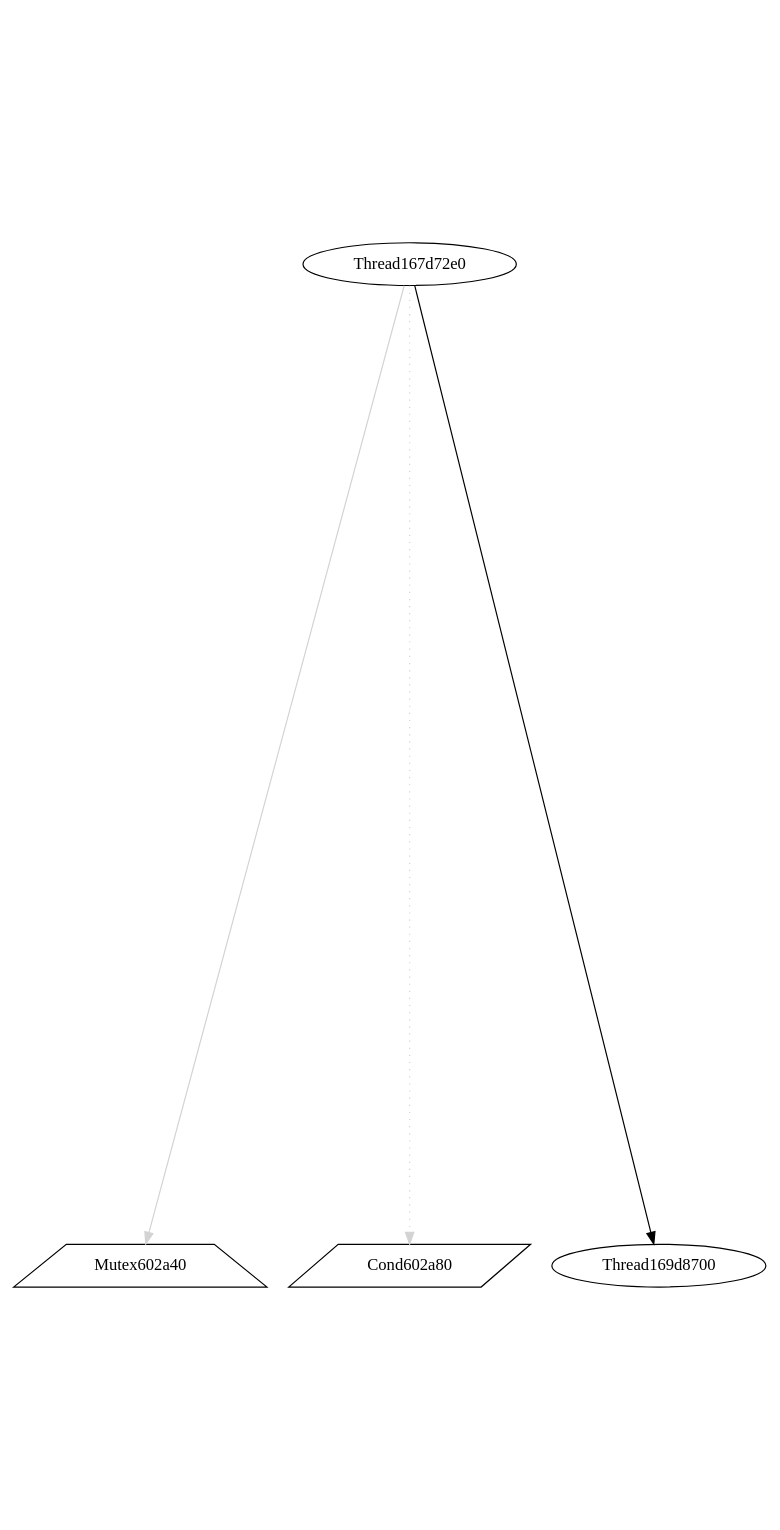
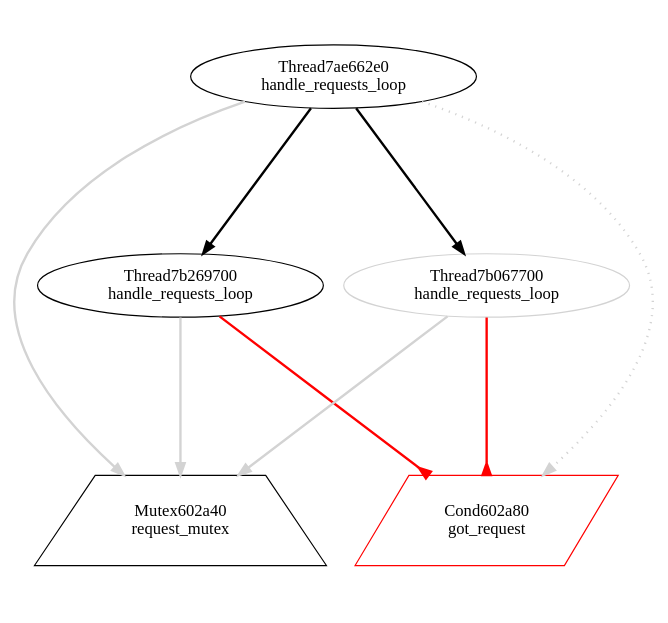
Before and after one commit to v4o6/cs410: the diagram in view/dot/graph035.dot, drawn with Graphviz. The commit also changed 289 other files, not shown here.

```diff
--- a/view/dot/graph035.dot
+++ b/view/dot/graph035.dot
@@ -1,10 +1,16 @@
 digraph G {
-graph[center=true, ratio=2];
-Mutex602a40 [shape=trapezium,color=black];
-Cond602a80 [shape=parallelogram,color=black];
-Thread169d8700 [color=black];
-Thread167d72e0 [color=black];
-Thread167d72e0 -> Mutex602a40 [arrowhead=normal,color=lightgray];
-Thread167d72e0 -> Cond602a80 [style=dotted,color=lightgray];
-Thread167d72e0 -> Thread169d8700 [arrowhead=normal];
+graph[center=true, ratio=1];
+Mutex602a40 [shape=trapezium,color=black,label="Mutex602a40\nrequest_mutex"];
+Cond602a80 [shape=parallelogram,color=red,label="Cond602a80\ngot_request"];
+Thread7ae662e0 [color=black,label="Thread7ae662e0\nhandle_requests_loop"];
+Thread7ae662e0 -> Mutex602a40 [arrowhead=normal,color=lightgray,penwidth=2];
+Thread7ae662e0 -> Cond602a80 [style=dotted,color=lightgray,penwidth=2];
+Thread7ae662e0 -> Thread7b269700 [arrowhead=normal,penwidth=2];
+Thread7ae662e0 -> Thread7b067700 [arrowhead=normal,penwidth=2];
+Thread7b269700 [color=black,label="Thread7b269700\nhandle_requests_loop"];
+Thread7b269700 -> Mutex602a40 [arrowhead=normal,color=lightgray,penwidth=2];
+Thread7b269700 -> Cond602a80 [arrowhead=inv,color=red,penwidth=2];
+Thread7b067700 [color=lightgray,label="Thread7b067700\nhandle_requests_loop"];
+Thread7b067700 -> Mutex602a40 [arrowhead=normal,color=lightgray,penwidth=2];
+Thread7b067700 -> Cond602a80 [arrowhead=inv,color=red,penwidth=2];
 }
```
